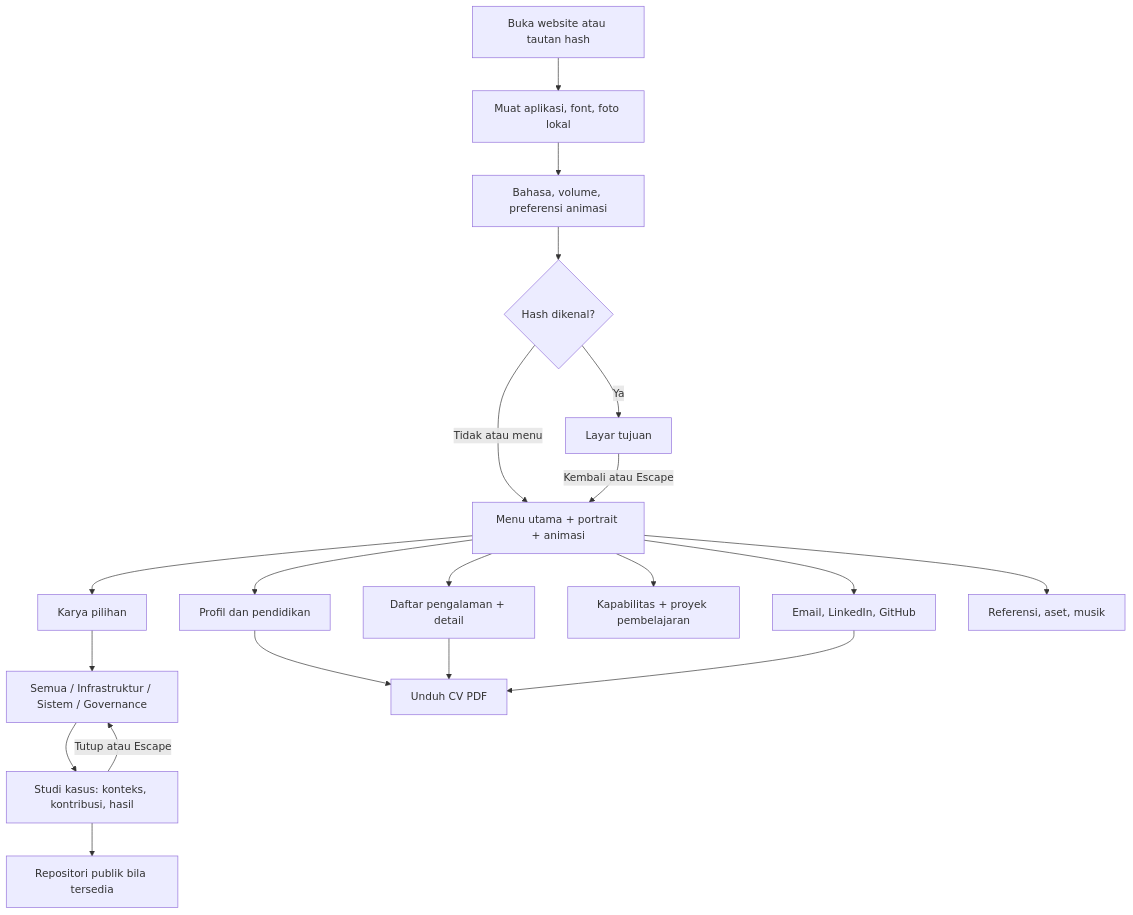
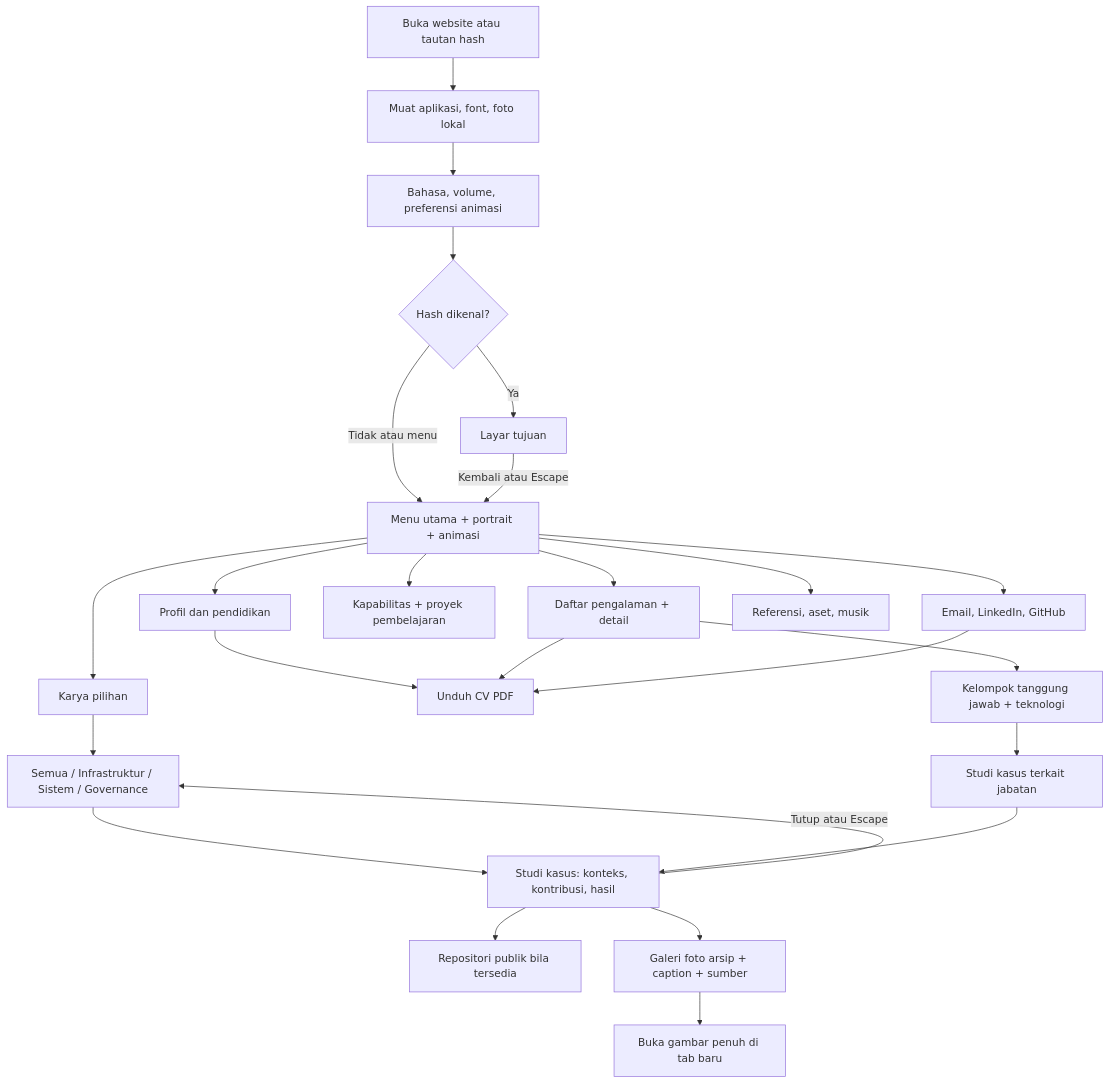
Before and after one commit to rickopra/rickopra.github.io: the first of 6 diagrams in docs/FLOW.md, drawn with Mermaid. The commit also changed other lines of this file and 28 other files, not shown here.

Commit message:
Expand career history and archived project evidence; restore full portrait

````diff
--- a/docs/FLOW.md
+++ b/docs/FLOW.md
@@ -7,22 +7,27 @@
 ```mermaid
 flowchart TD
     Open["Buka website atau tautan hash"] --> Load["Muat aplikasi, font, foto lokal"]
     Load --> Preferences["Bahasa, volume, preferensi animasi"]
     Preferences --> Route{"Hash dikenal?"}
     Route -->|Tidak atau menu| Menu["Menu utama + portrait + animasi"]
     Route -->|Ya| File["Layar tujuan"]
     Menu --> Profile["Profil dan pendidikan"]
     Menu --> Work["Karya pilihan"]
     Menu --> Career["Daftar pengalaman + detail"]
     Menu --> Skills["Kapabilitas + proyek pembelajaran"]
     Menu --> Contact["Email, LinkedIn, GitHub"]
     Menu --> Credits["Referensi, aset, musik"]
     Work --> Filter["Semua / Infrastruktur / Sistem / Governance"]
     Filter --> Dialog["Studi kasus: konteks, kontribusi, hasil"]
     Dialog --> Source["Repositori publik bila tersedia"]
+    Dialog --> Evidence["Galeri foto arsip + caption + sumber"]
+    Evidence --> Full["Buka gambar penuh di tab baru"]
     Dialog -->|Tutup atau Escape| Filter
     Profile --> CV["Unduh CV PDF"]
     Career --> CV
+    Career --> Responsibilities["Kelompok tanggung jawab + teknologi"]
+    Responsibilities --> Related["Studi kasus terkait jabatan"]
+    Related --> Dialog
     Contact --> CV
     File -->|Kembali atau Escape| Menu
 ```
````
